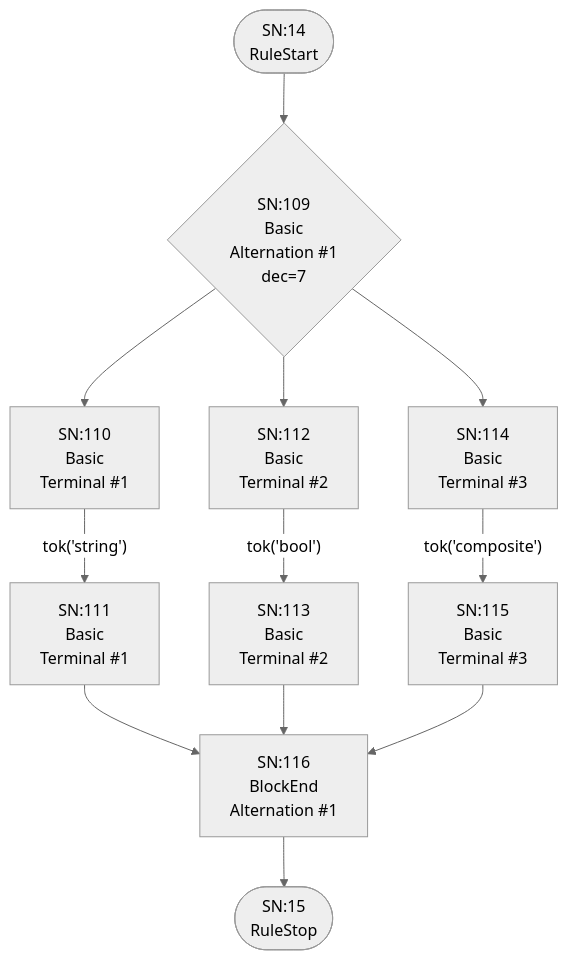
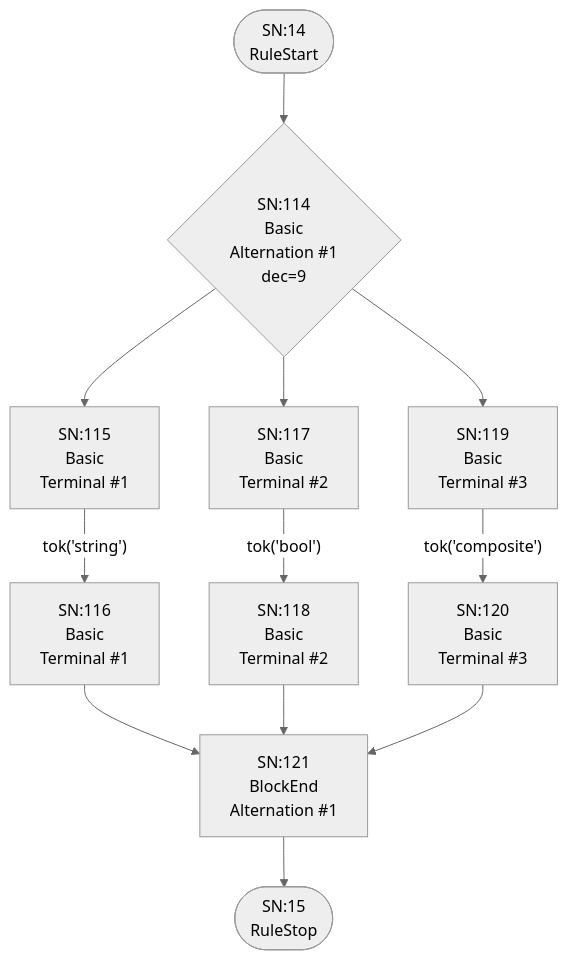
The eighth of 25 diagrams in internal/grammar/atn.md (TypeFox/fastbelt), drawn with Mermaid (neutral theme) before and after one commit. The commit also changed other lines of this file and 13 other files, not shown here.

````diff
--- a/internal/grammar/atn.md
+++ b/internal/grammar/atn.md
@@ -202,25 +213,25 @@
 ```mermaid
 flowchart TD
     q14(["SN:14<br/>RuleStart"])
     q15(["SN:15<br/>RuleStop"])
-    q109{"SN:109<br/>Basic<br/>Alternation #1<br/>dec=7"}
-    q110["SN:110<br/>Basic<br/>Terminal #1"]
-    q111["SN:111<br/>Basic<br/>Terminal #1"]
-    q112["SN:112<br/>Basic<br/>Terminal #2"]
-    q113["SN:113<br/>Basic<br/>Terminal #2"]
-    q114["SN:114<br/>Basic<br/>Terminal #3"]
-    q115["SN:115<br/>Basic<br/>Terminal #3"]
-    q116["SN:116<br/>BlockEnd<br/>Alternation #1"]
+    q114{"SN:114<br/>Basic<br/>Alternation #1<br/>dec=9"}
+    q115["SN:115<br/>Basic<br/>Terminal #1"]
+    q116["SN:116<br/>Basic<br/>Terminal #1"]
+    q117["SN:117<br/>Basic<br/>Terminal #2"]
+    q118["SN:118<br/>Basic<br/>Terminal #2"]
+    q119["SN:119<br/>Basic<br/>Terminal #3"]
+    q120["SN:120<br/>Basic<br/>Terminal #3"]
+    q121["SN:121<br/>BlockEnd<br/>Alternation #1"]
 
-    q14 --> q109
-    q109 --> q110
-    q109 --> q112
-    q109 --> q114
-    q110 -->|"tok('string')"| q111
-    q111 --> q116
-    q112 -->|"tok('bool')"| q113
-    q113 --> q116
-    q114 -->|"tok('composite')"| q115
-    q115 --> q116
-    q116 --> q15
+    q14 --> q114
+    q114 --> q115
+    q114 --> q117
+    q114 --> q119
+    q115 -->|"tok('string')"| q116
+    q116 --> q121
+    q117 -->|"tok('bool')"| q118
+    q118 --> q121
+    q119 -->|"tok('composite')"| q120
+    q120 --> q121
+    q121 --> q15
 ```
````
